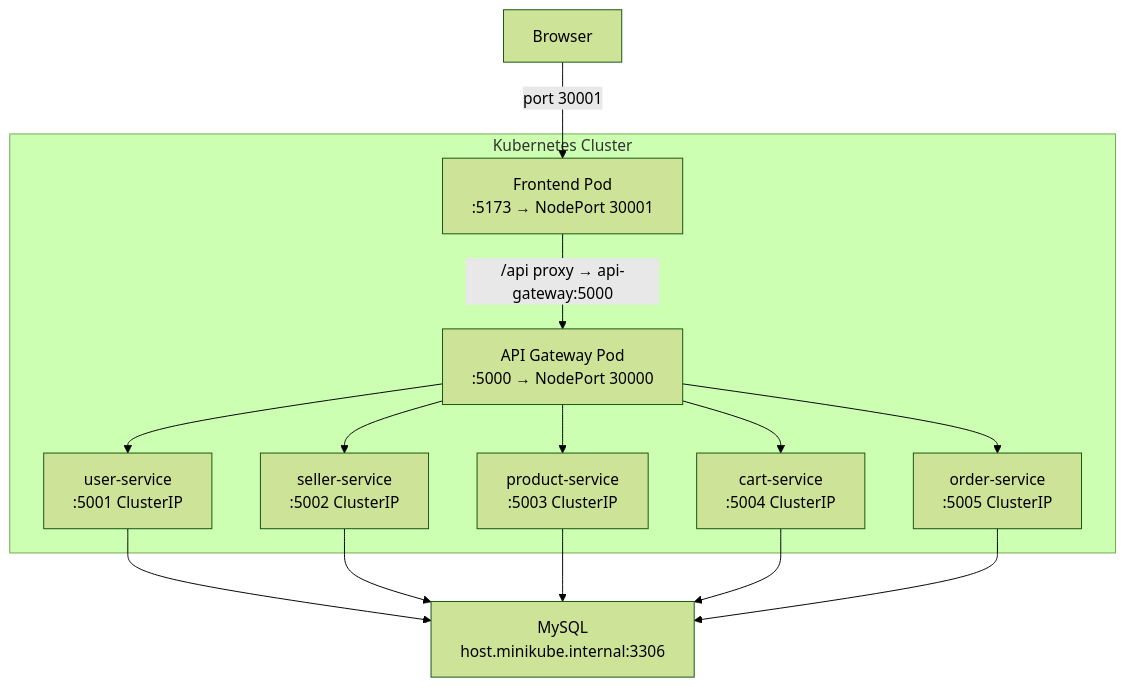
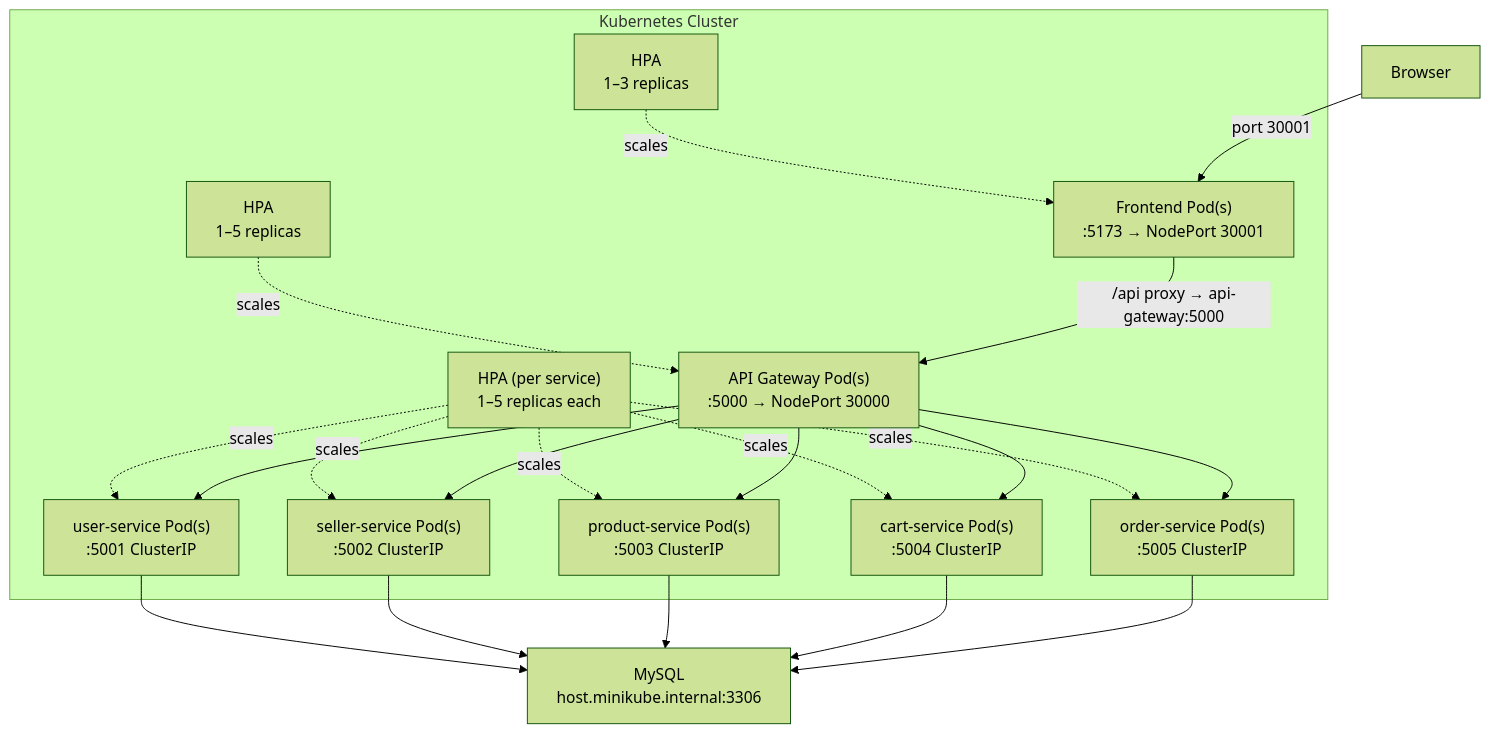
Before and after one commit to JILSPATEL/spe-project: the diagram in walkthrough.md, drawn with Mermaid (forest theme). The commit also changed other lines of this file and 23 other files, not shown here.

````diff
--- a/walkthrough.md
+++ b/walkthrough.md
@@ -34,21 +49,29 @@
 ```mermaid
 graph TB
     Browser["Browser"]
 
     subgraph Kubernetes Cluster
-        FE["Frontend Pod\n:5173 → NodePort 30001"]
-        GW["API Gateway Pod\n:5000 → NodePort 30000"]
-        US["user-service\n:5001 ClusterIP"]
-        SS["seller-service\n:5002 ClusterIP"]
-        PS["product-service\n:5003 ClusterIP"]
-        CS["cart-service\n:5004 ClusterIP"]
-        OS["order-service\n:5005 ClusterIP"]
+        FE["Frontend Pod(s)\n:5173 → NodePort 30001"]
+        GW["API Gateway Pod(s)\n:5000 → NodePort 30000"]
+        US["user-service Pod(s)\n:5001 ClusterIP"]
+        SS["seller-service Pod(s)\n:5002 ClusterIP"]
+        PS["product-service Pod(s)\n:5003 ClusterIP"]
+        CS["cart-service Pod(s)\n:5004 ClusterIP"]
+        OS["order-service Pod(s)\n:5005 ClusterIP"]
+
+        FE_HPA["HPA\n1–3 replicas"]
+        GW_HPA["HPA\n1–5 replicas"]
+        SVC_HPA["HPA (per service)\n1–5 replicas each"]
+
+        FE_HPA -.->|"scales"| FE
+        GW_HPA -.->|"scales"| GW
+        SVC_HPA -.->|"scales"| US & SS & PS & CS & OS
     end
 
     DB["MySQL\nhost.minikube.internal:3306"]
 
     Browser -->|"port 30001"| FE
     FE -->|"/api proxy → api-gateway:5000"| GW
     GW --> US & SS & PS & CS & OS
     US & SS & PS & CS & OS --> DB
 ```
````
